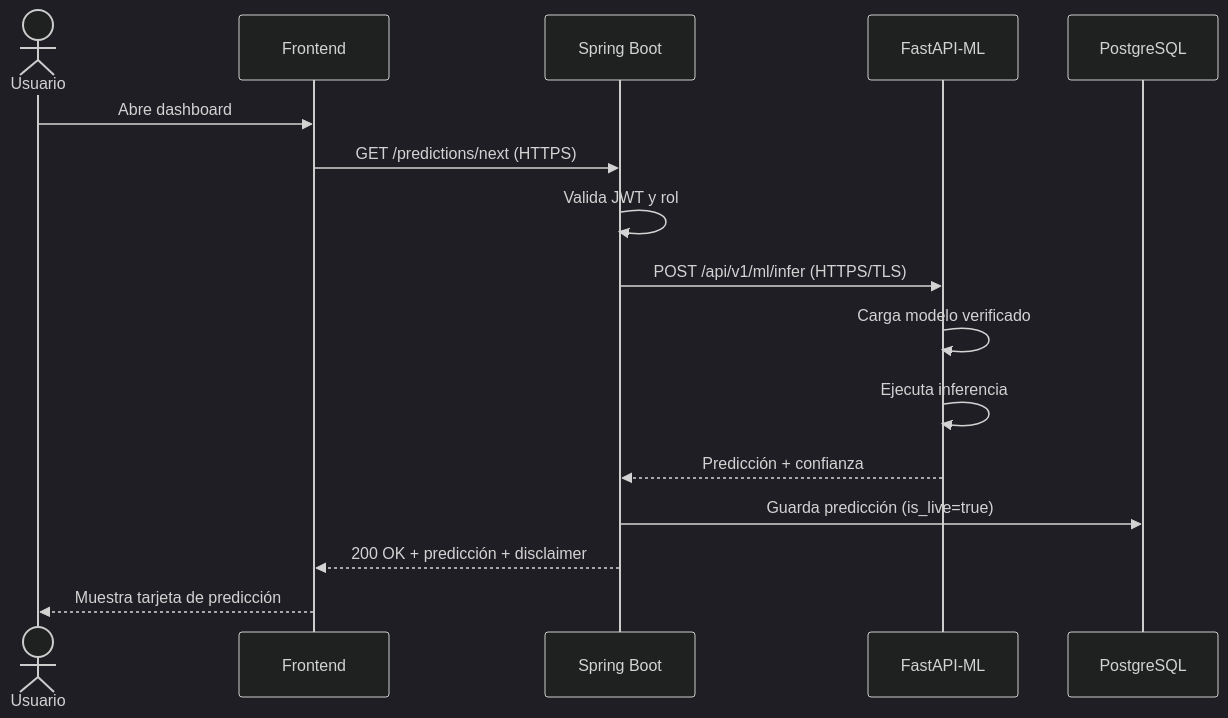
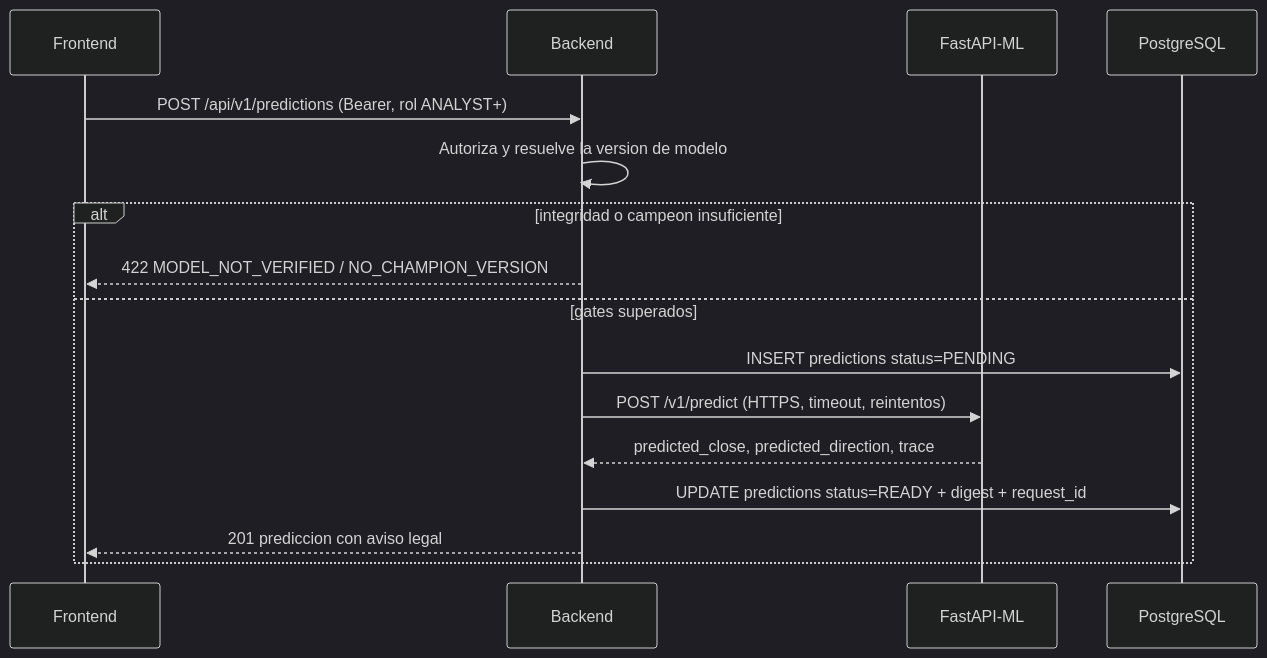
One commit to AyLZz17/SistemaPrediccionCrypto-XMRMonero changed the third of 7 diagrams in docs/04_diagramas.md. Above: the diagram before and after it, drawn with Mermaid (dark theme). The commit also changed other lines of this file and 85 other files, not shown here.

````diff
--- a/docs/04_diagramas.md
+++ b/docs/04_diagramas.md
@@ -82,19 +63,19 @@
 ```mermaid
 sequenceDiagram
-    actor U as Usuario
-    participant SPA as Frontend
-    participant API as Spring Boot
+    participant FE as Frontend
+    participant BE as Backend
     participant ML as FastAPI-ML
     participant DB as PostgreSQL
 
-    U->>SPA: Abre dashboard
-    SPA->>API: GET /predictions/next (HTTPS)
-    API->>API: Valida JWT y rol
-    API->>ML: POST /api/v1/ml/infer (HTTPS/TLS)
-    ML->>ML: Carga modelo verificado
-    ML->>ML: Ejecuta inferencia
-    ML-->>API: Predicción + confianza
-    API->>DB: Guarda predicción (is_live=true)
-    API-->>SPA: 200 OK + predicción + disclaimer
-    SPA-->>U: Muestra tarjeta de predicción
+    FE->>BE: POST /api/v1/predictions (Bearer, rol ANALYST+)
+    BE->>BE: Autoriza y resuelve la version de modelo
+    alt integridad o campeon insuficiente
+        BE-->>FE: 422 MODEL_NOT_VERIFIED / NO_CHAMPION_VERSION
+    else gates superados
+        BE->>DB: INSERT predictions status=PENDING
+        BE->>ML: POST /v1/predict (HTTPS, timeout, reintentos)
+        ML-->>BE: predicted_close, predicted_direction, trace
+        BE->>DB: UPDATE predictions status=READY + digest + request_id
+        BE-->>FE: 201 prediccion con aviso legal
+    end
 ```
````
